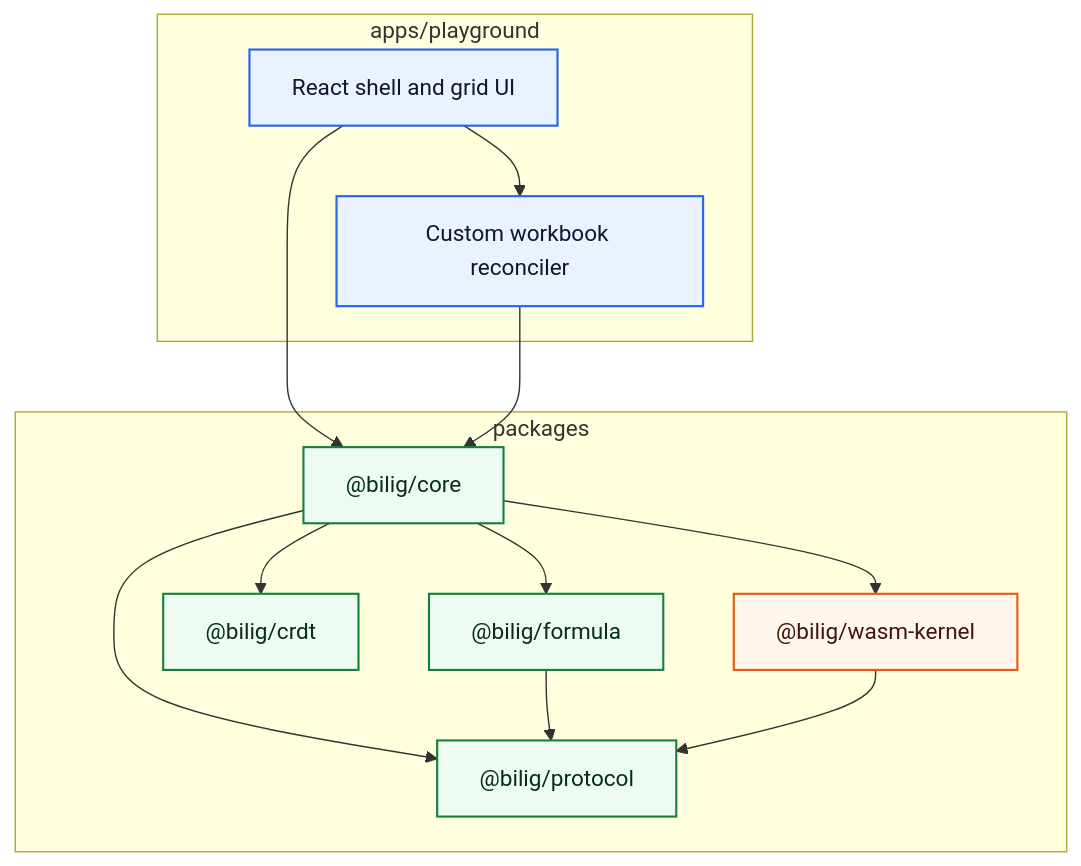
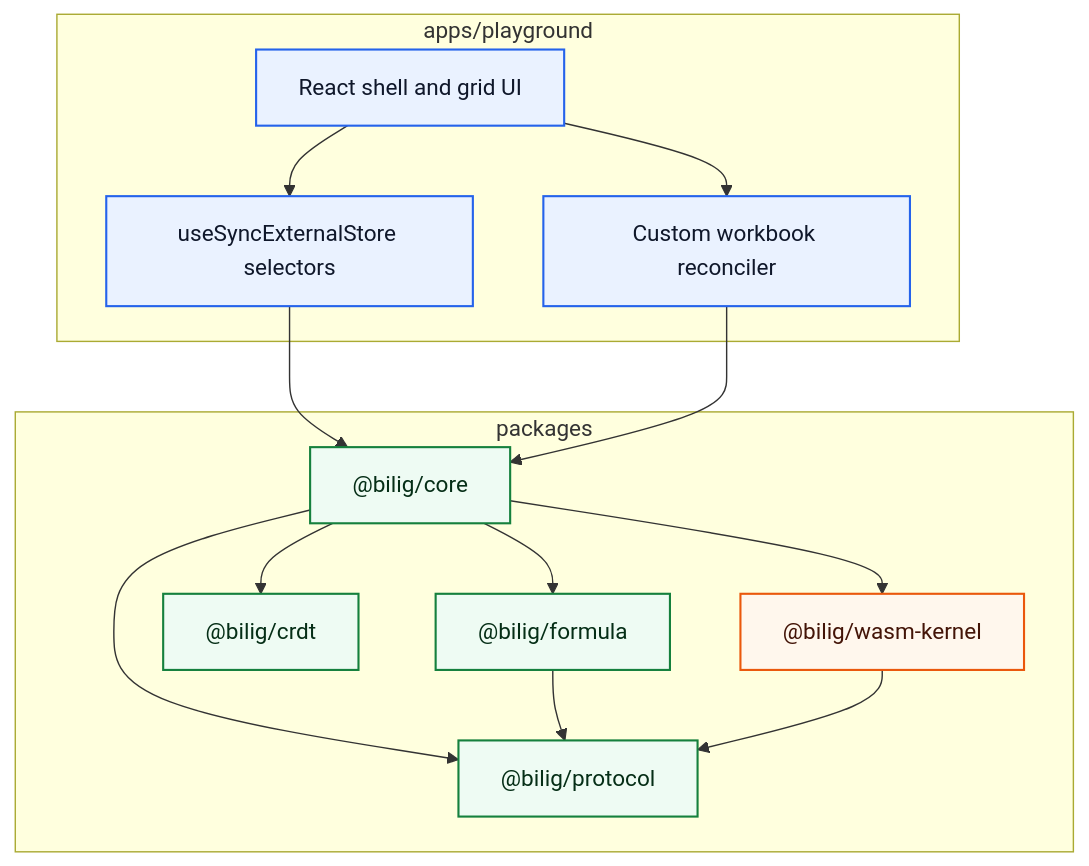
The first of 2 diagrams in docs/architecture.md (proompteng/bilig), drawn with Mermaid before and after one commit. The commit also changed other lines of this file and 10 other files, not shown here.

````diff
--- a/docs/architecture.md
+++ b/docs/architecture.md
@@ -3,33 +3,35 @@
 ```mermaid
 flowchart TB
   classDef react fill:#eaf2ff,stroke:#2563eb,color:#0f172a,stroke-width:1.5px
   classDef core fill:#eefbf3,stroke:#15803d,color:#052e16,stroke-width:1.5px
   classDef wasm fill:#fff7ed,stroke:#ea580c,color:#431407,stroke-width:1.5px
 
   subgraph PG["apps/playground"]
     UI["React shell and grid UI"]
+    HOOKS["useSyncExternalStore selectors"]
     REC["Custom workbook reconciler"]
   end
 
   subgraph PKG["packages"]
     CORE["@bilig/core"]
     FORMULA["@bilig/formula"]
     CRDT["@bilig/crdt"]
     PROTOCOL["@bilig/protocol"]
     WASM["@bilig/wasm-kernel"]
   end
 
-  UI --> CORE
+  UI --> HOOKS
+  HOOKS --> CORE
   UI --> REC
   REC --> CORE
   CORE --> FORMULA
   CORE --> CRDT
   CORE --> PROTOCOL
   CORE --> WASM
   FORMULA --> PROTOCOL
   WASM --> PROTOCOL
 
-  class UI,REC react
+  class UI,HOOKS,REC react
   class CORE,FORMULA,CRDT,PROTOCOL core
   class WASM wasm
 ```
````
